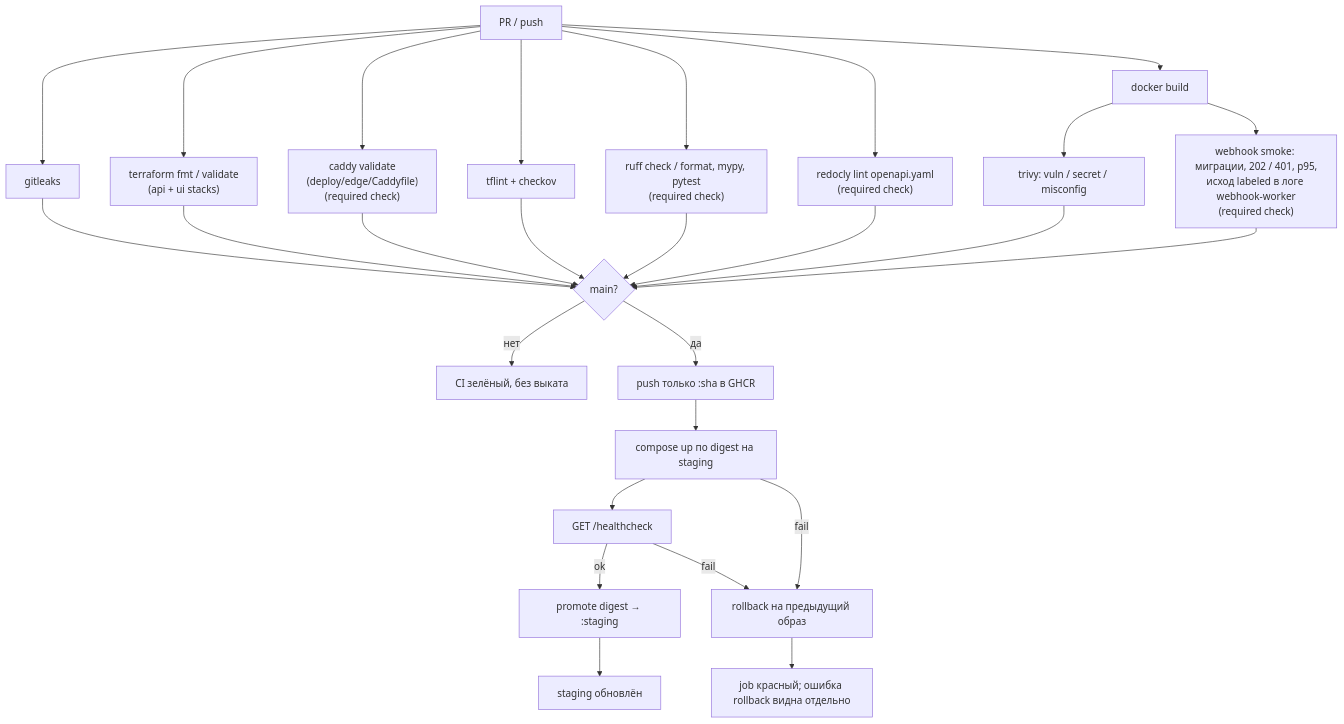
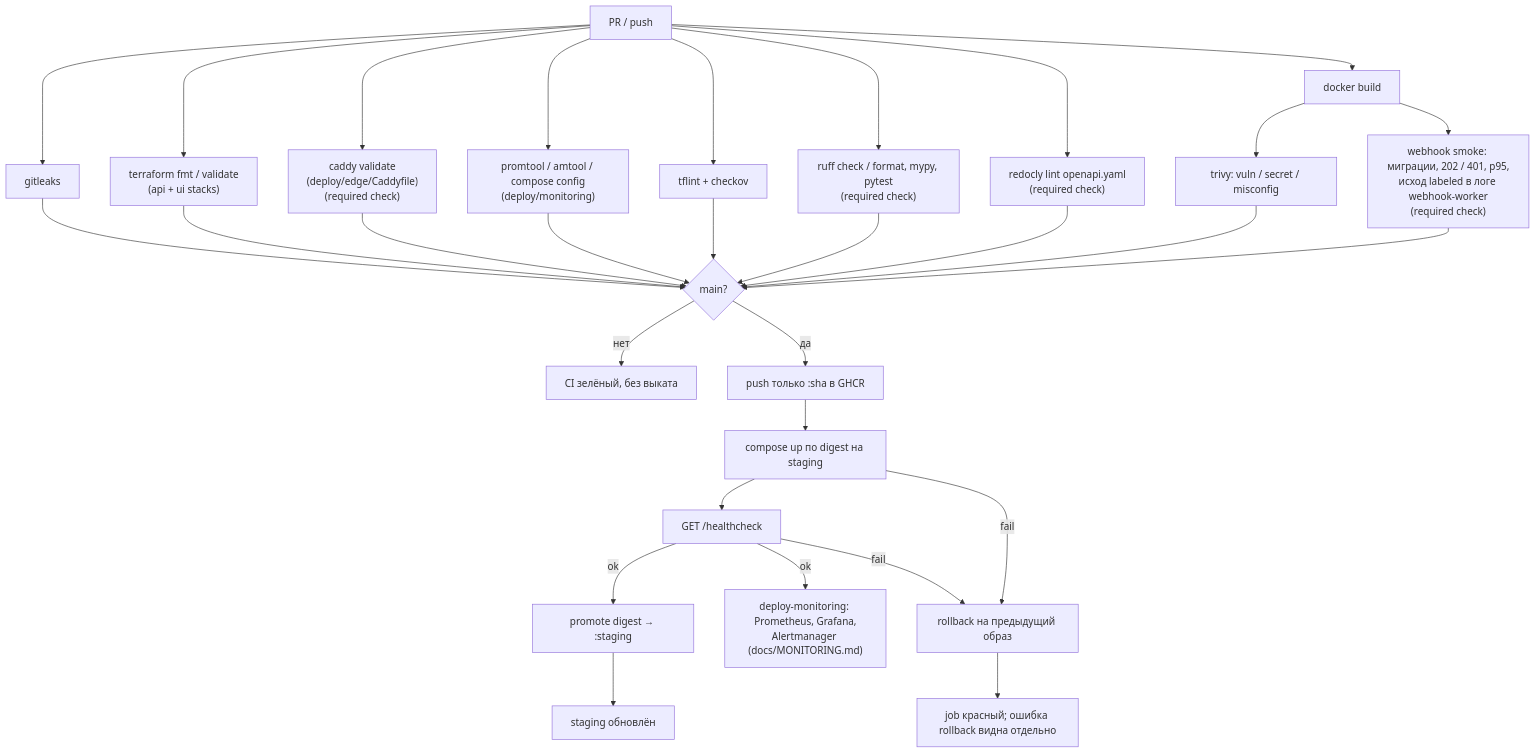
Before and after one commit to larchanka-training/dmc-268-api-t6: the diagram in docs/CICD.md, drawn with Mermaid. The commit also changed other lines of this file and 3 other files, not shown here.

````diff
--- a/docs/CICD.md
+++ b/docs/CICD.md
@@ -15,29 +15,32 @@
 ```mermaid
 flowchart TD
   pr["PR / push"] --> secrets["gitleaks"]
   pr --> tf["terraform fmt / validate\n(api + ui stacks)"]
   pr --> caddy["caddy validate\n(deploy/edge/Caddyfile)\n(required check)"]
+  pr --> mon["promtool / amtool / compose config\n(deploy/monitoring)"]
   pr --> lint["tflint + checkov"]
   pr --> py["ruff check / format, mypy, pytest\n(required check)"]
   pr --> oas["redocly lint openapi.yaml\n(required check)"]
   pr --> build["docker build"]
   build --> scan["trivy: vuln / secret / misconfig"]
   build --> smoke["webhook smoke: миграции, 202 / 401, p95,\nисход labeled в логе webhook-worker\n(required check)"]
   secrets --> gate{"main?"}
   py --> gate
   tf --> gate
   caddy --> gate
+  mon --> gate
   lint --> gate
   scan --> gate
   oas --> gate
   smoke --> gate
   gate -->|нет| stop["CI зелёный, без выката"]
   gate -->|да| push["push только :sha в GHCR"]
   push --> deploy["compose up по digest на staging"]
   deploy --> health["GET /healthcheck"]
   health -->|ok| promote["promote digest → :staging"]
   promote --> done["staging обновлён"]
+  health -->|ok| monitoring["deploy-monitoring: Prometheus, Grafana,\nAlertmanager (docs/MONITORING.md)"]
   health -->|fail| rb["rollback на предыдущий образ"]
   deploy -->|fail| rb
   rb --> fail["job красный; ошибка rollback видна отдельно"]
 ```
````
